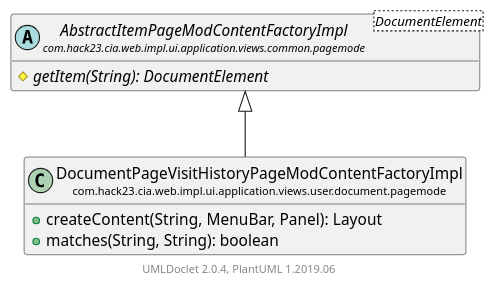
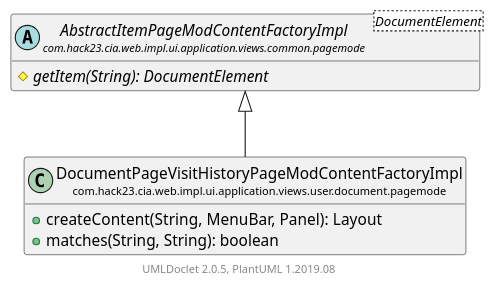
Before and after one commit to Hack23/cia: the diagram in testapidocs/com/hack23/cia/web/impl/ui/application/views/user/document/pagemode/DocumentPageVisitHistoryPageModContentFactoryImpl.puml, drawn with PlantUML. The commit also changed 5138 other files, not shown here.

```diff
--- a/testapidocs/com/hack23/cia/web/impl/ui/application/views/user/document/pagemode/DocumentPageVisitHistoryPageModContentFactoryImpl.puml
+++ b/testapidocs/com/hack23/cia/web/impl/ui/application/views/user/document/pagemode/DocumentPageVisitHistoryPageModContentFactoryImpl.puml
@@ -1,18 +1,18 @@
 @startuml
     set namespaceSeparator none
     hide empty fields
     hide empty methods
 
     class "<size:14>DocumentPageVisitHistoryPageModContentFactoryImpl\n<size:10>com.hack23.cia.web.impl.ui.application.views.user.document.pagemode" as com.hack23.cia.web.impl.ui.application.views.user.document.pagemode.DocumentPageVisitHistoryPageModContentFactoryImpl [[DocumentPageVisitHistoryPageModContentFactoryImpl.html]] {
         +createContent(String, MenuBar, Panel): Layout
         +matches(String, String): boolean
     }
 
     abstract class "<size:14>AbstractItemPageModContentFactoryImpl\n<size:10>com.hack23.cia.web.impl.ui.application.views.common.pagemode" as com.hack23.cia.web.impl.ui.application.views.common.pagemode.AbstractItemPageModContentFactoryImpl<DocumentElement> [[../../../common/pagemode/AbstractItemPageModContentFactoryImpl.html]] {
         {abstract} #getItem(String): DocumentElement
     }
 
     com.hack23.cia.web.impl.ui.application.views.common.pagemode.AbstractItemPageModContentFactoryImpl <|-- com.hack23.cia.web.impl.ui.application.views.user.document.pagemode.DocumentPageVisitHistoryPageModContentFactoryImpl
 
-    center footer UMLDoclet 2.0.4, PlantUML 1.2019.06
+    center footer UMLDoclet 2.0.5, PlantUML 1.2019.08
 @enduml
```
